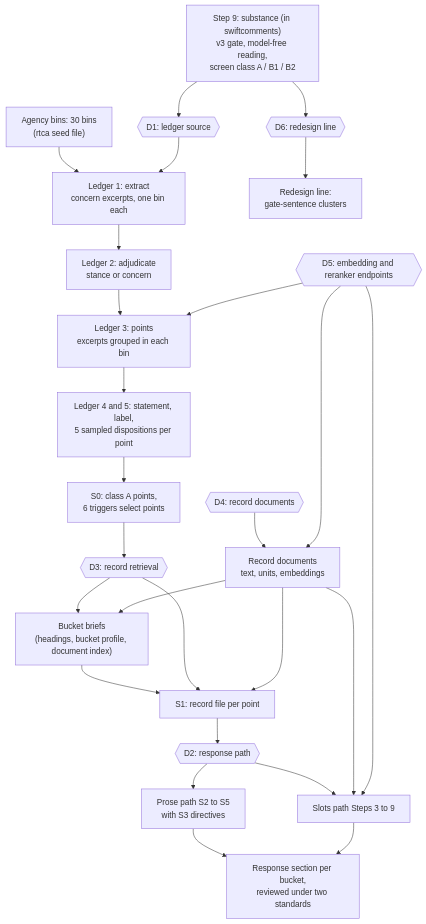
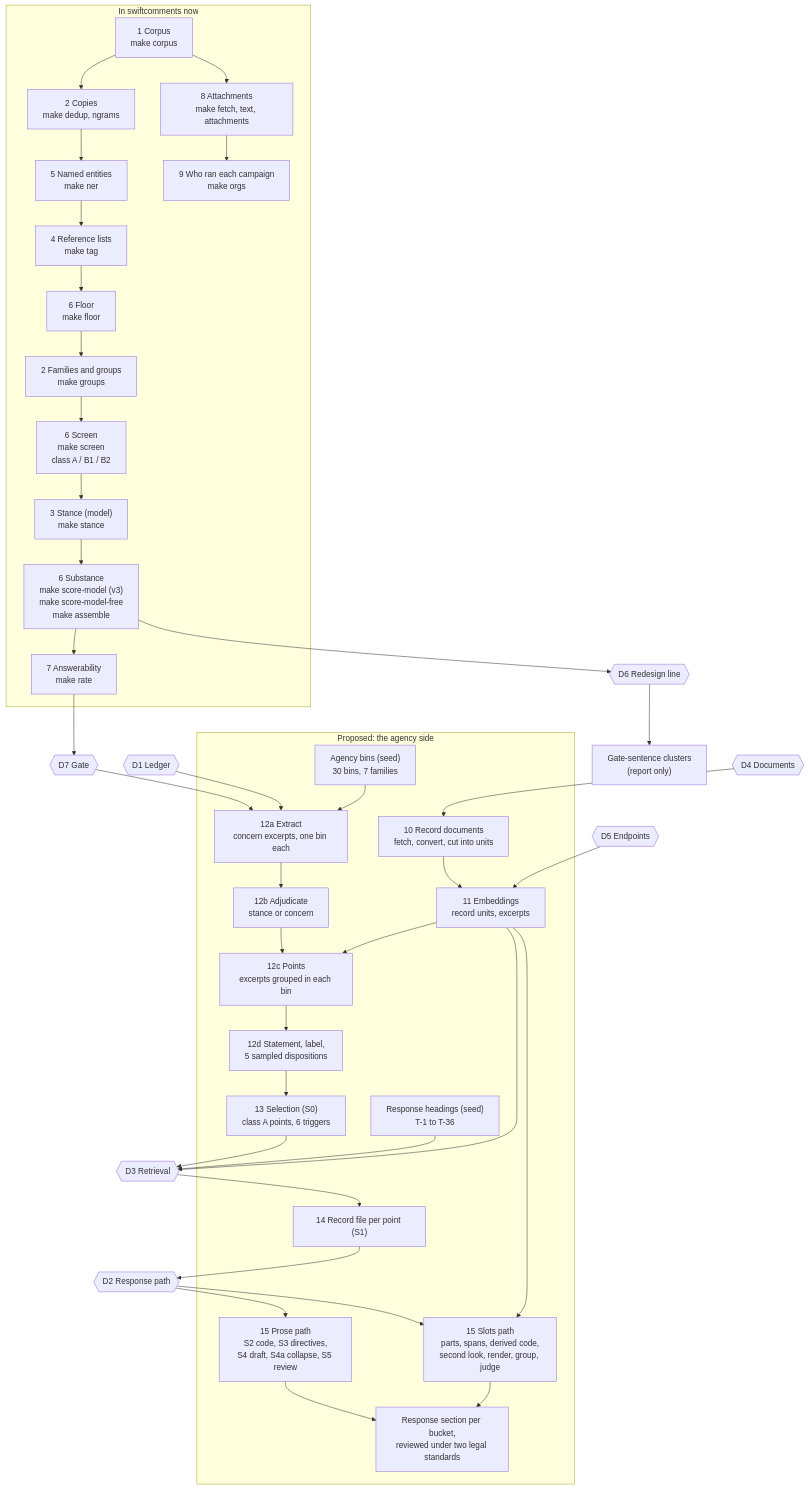
The diagram in docs/eis-analysis-continuation.md (wanderingnature/swiftcomments), drawn with Mermaid before and after one commit. The commit also changed other lines of this file, not shown here.

Commit message:
docs: the agency side written out as a proposal: the to-be pipeline (steps 1 to 9 as they run, steps 10 to 15 proposed) with its diagram and targets, and the options for each decision D1 to D7, in ASD-STE100

````diff
--- a/docs/eis-analysis-continuation.md
+++ b/docs/eis-analysis-continuation.md
@@ -26,41 +35,62 @@
 ```mermaid
 flowchart TD
-    S9["Step 9: substance (in swiftcomments)<br/>v3 gate, model-free reading,<br/>screen class A / B1 / B2"]
-    BINS["Agency bins: 30 bins<br/>(rtca seed file)"]
-    D1{{"D1: ledger source"}}
-    EX["Ledger 1: extract<br/>concern excerpts, one bin each"]
-    ADJ["Ledger 2: adjudicate<br/>stance or concern"]
-    PTS["Ledger 3: points<br/>excerpts grouped in each bin"]
-    STM["Ledger 4 and 5: statement, label,<br/>5 sampled dispositions per point"]
-    S0["S0: class A points,<br/>6 triggers select points"]
-    D3{{"D3: record retrieval"}}
-    BR["Bucket briefs<br/>(headings, bucket profile, document index)"]
-    S1["S1: record file per point"]
-    D2{{"D2: response path"}}
-    PROSE["Prose path S2 to S5<br/>with S3 directives"]
-    SLOTS["Slots path Steps 3 to 9"]
-    OUT["Response section per bucket,<br/>reviewed under two standards"]
-    REC["Record documents<br/>text, units, embeddings"]
-    D4{{"D4: record documents"}}
-    D5{{"D5: embedding and reranker endpoints"}}
-    RED["Redesign line:<br/>gate-sentence clusters"]
-    D6{{"D6: redesign line"}}
+    subgraph NOW["In swiftcomments now"]
+        S1["1 Corpus<br/>make corpus"]
+        S2A["2 Copies<br/>make dedup, ngrams"]
+        S5["5 Named entities<br/>make ner"]
+        S4["4 Reference lists<br/>make tag"]
+        S6A["6 Floor<br/>make floor"]
+        S2B["2 Families and groups<br/>make groups"]
+        S6B["6 Screen<br/>make screen<br/>class A / B1 / B2"]
+        S3["3 Stance (model)<br/>make stance"]
+        S6S["6 Substance<br/>make score-model (v3)<br/>make score-model-free<br/>make assemble"]
+        S7["7 Answerability<br/>make rate"]
+        S8["8 Attachments<br/>make fetch, text, attachments"]
+        S9["9 Who ran each campaign<br/>make orgs"]
+        S1 --> S2A --> S5 --> S4 --> S6A --> S2B --> S6B --> S3 --> S6S --> S7
+        S1 --> S8 --> S9
+    end
 
-    S9 --> D1
-    BINS --> EX
-    D1 --> EX --> ADJ --> PTS --> STM --> S0
-    S0 --> D3
-    D3 --> BR --> S1
-    D3 --> S1
-    S1 --> D2
-    D2 --> PROSE --> OUT
-    D2 --> SLOTS --> OUT
-    D4 --> REC
-    REC --> BR
-    REC --> S1
-    REC --> SLOTS
-    D5 --> PTS
-    D5 --> REC
-    D5 --> SLOTS
-    S9 --> D6 --> RED
+    subgraph NEW["Proposed: the agency side"]
+        S10["10 Record documents<br/>fetch, convert, cut into units"]
+        S11["11 Embeddings<br/>record units, excerpts"]
+        BINS["Agency bins (seed)<br/>30 bins, 7 families"]
+        S12A["12a Extract<br/>concern excerpts, one bin each"]
+        S12B["12b Adjudicate<br/>stance or concern"]
+        S12C["12c Points<br/>excerpts grouped in each bin"]
+        S12D["12d Statement, label,<br/>5 sampled dispositions"]
+        S13["13 Selection (S0)<br/>class A points, 6 triggers"]
+        HEAD["Response headings (seed)<br/>T-1 to T-36"]
+        S14["14 Record file per point (S1)"]
+        S15P["15 Prose path<br/>S2 code, S3 directives,<br/>S4 draft, S4a collapse, S5 review"]
+        S15S["15 Slots path<br/>parts, spans, derived code,<br/>second look, render, group, judge"]
+        OUT["Response section per bucket,<br/>reviewed under two legal standards"]
+    end
+
+    D7{{"D7 Gate"}}
+    D1{{"D1 Ledger"}}
+    D4{{"D4 Documents"}}
+    D5{{"D5 Endpoints"}}
+    D3{{"D3 Retrieval"}}
+    D2{{"D2 Response path"}}
+    D6{{"D6 Redesign line"}}
+    RED["Gate-sentence clusters<br/>(report only)"]
+
+    S7 --> D7
+    D7 --> S12A
+    D1 --> S12A
+    BINS --> S12A
+    S12A --> S12B --> S12C --> S12D --> S13
+    D4 --> S10 --> S11
+    D5 --> S11
+    S11 --> S12C
+    S13 --> D3
+    HEAD --> D3
+    S11 --> D3
+    D3 --> S14
+    S14 --> D2
+    D2 --> S15P --> OUT
+    D2 --> S15S --> OUT
+    S11 --> S15S
+    S6S --> D6 --> RED
 ```
````
